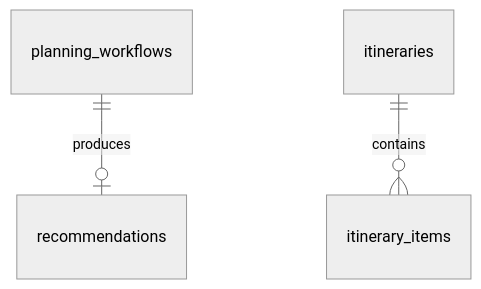
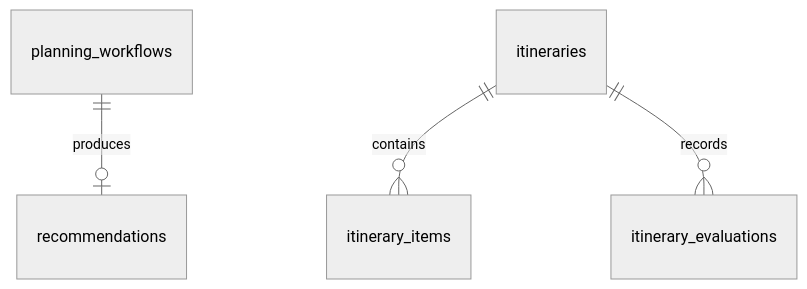
One commit to WKS2004/BLUEVERSE changed the diagram in docs/database/schema.md. Above: the diagram before and after it, drawn with Mermaid (neutral theme). The commit also changed other lines of this file and 69 other files, not shown here.

````diff
--- a/docs/database/schema.md
+++ b/docs/database/schema.md
@@ -55,5 +64,6 @@
 ```mermaid
 erDiagram
     planning_workflows ||--o| recommendations : produces
     itineraries ||--o{ itinerary_items : contains
+    itineraries ||--o{ itinerary_evaluations : records
 ```
````
